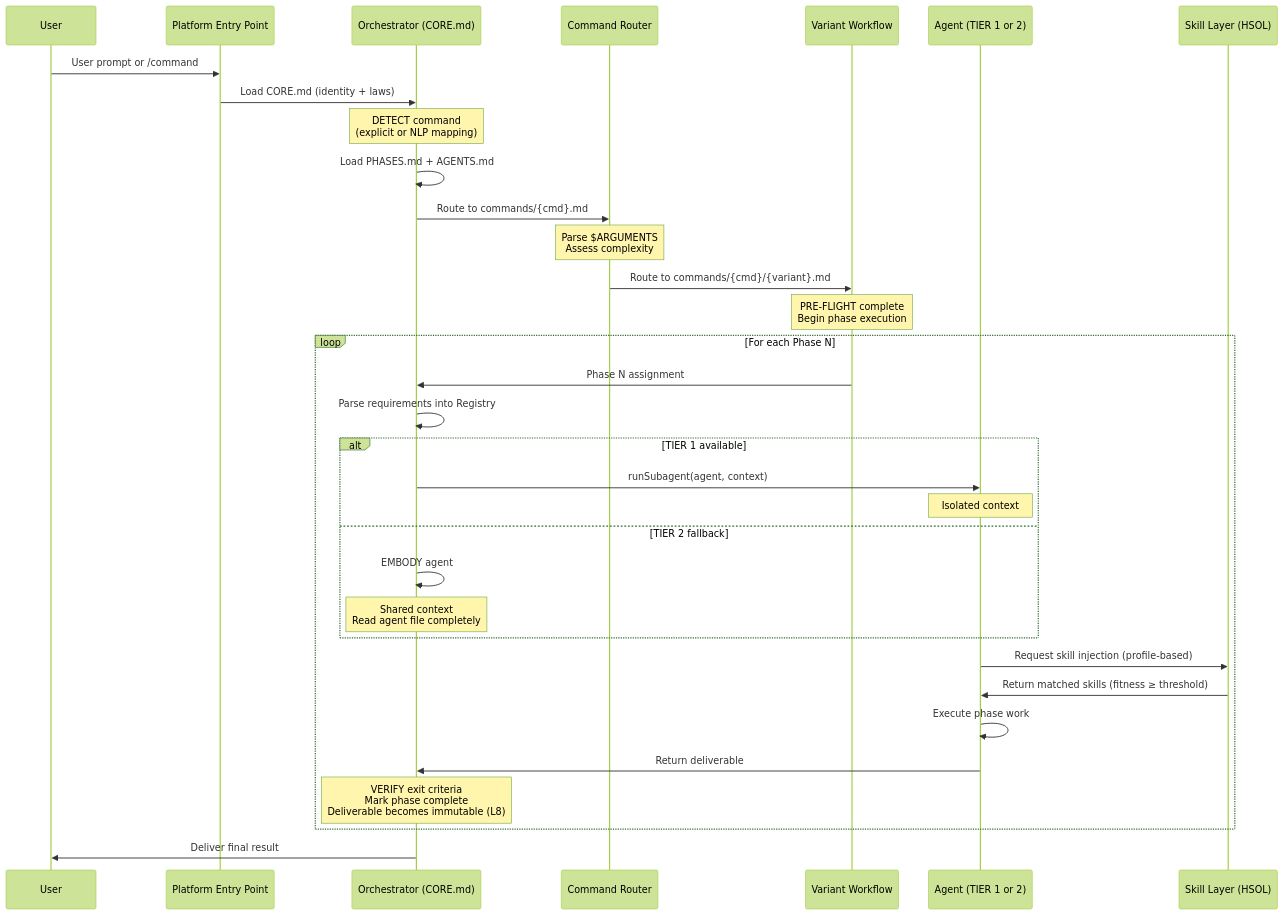
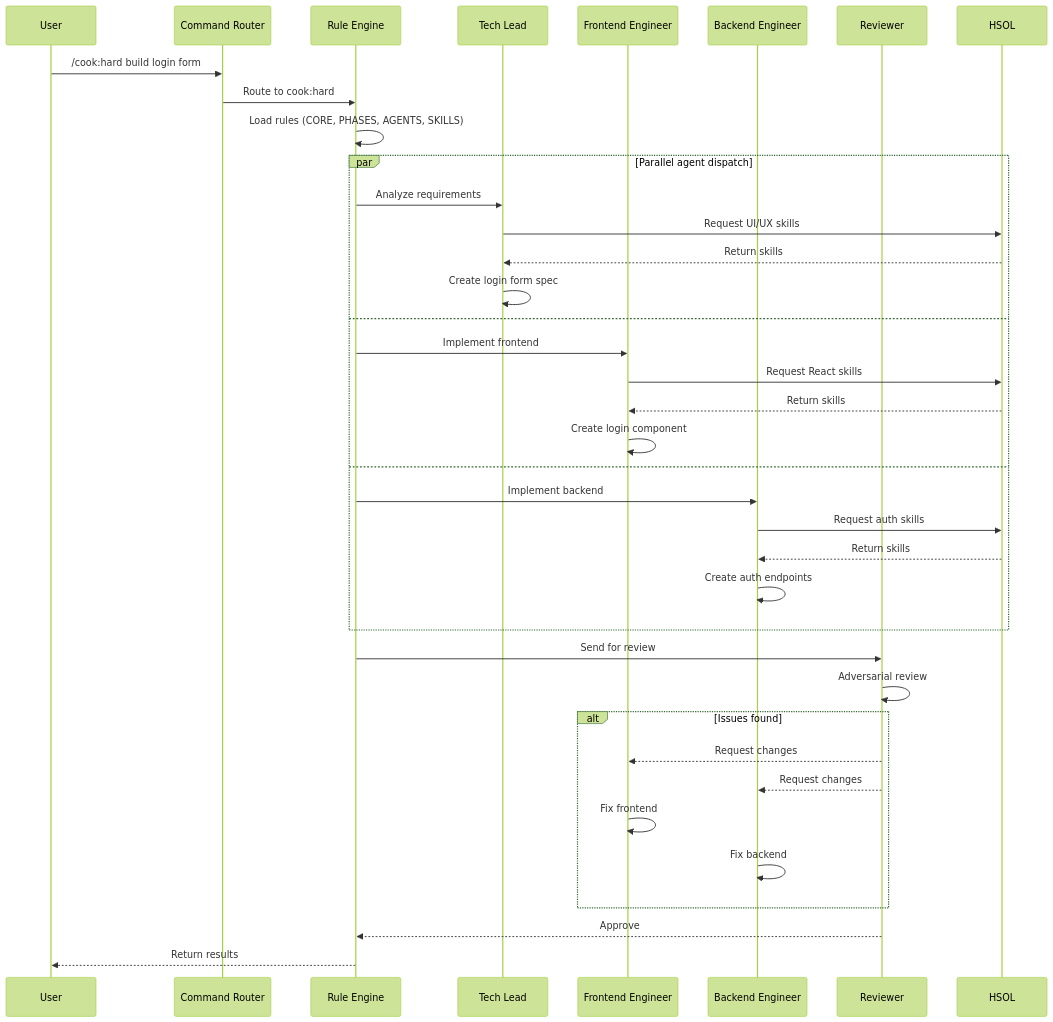
One commit to hainamchung/agent-assistant changed the eighth of 9 diagrams in documents/knowledge-architecture/03-data-flow.md. Above: the diagram before and after it, drawn with Mermaid (forest theme). The commit also changed other lines of this file and 212 other files, not shown here.

````diff
--- a/documents/knowledge-architecture/03-data-flow.md
+++ b/documents/knowledge-architecture/03-data-flow.md
@@ -25,44 +236,44 @@
 ```mermaid
 sequenceDiagram
     participant U as User
-    participant EP as Platform Entry Point
-    participant ORC as Orchestrator (CORE.md)
-    participant R as Command Router
-    participant V as Variant Workflow
-    participant A as Agent (TIER 1 or 2)
-    participant S as Skill Layer (HSOL)
+    participant C as Command Router
+    participant R as Rule Engine
+    participant TL as Tech Lead
+    participant FE as Frontend Engineer
+    participant BE as Backend Engineer
+    participant RV as Reviewer
+    participant S as HSOL
 
-    U->>EP: User prompt or /command
-    EP->>ORC: Load CORE.md (identity + laws)
+    U->>C: /cook:hard build login form
+    C->>R: Route to cook:hard
+    R->>R: Load rules (CORE, PHASES, AGENTS, SKILLS)
     
-    Note over ORC: DETECT command<br/>(explicit or NLP mapping)
-    ORC->>ORC: Load PHASES.md + AGENTS.md
-    ORC->>R: Route to commands/{cmd}.md
+    par Parallel agent dispatch
+        R->>TL: Analyze requirements
+        TL->>S: Request UI/UX skills
+        S-->>TL: Return skills
+        TL->>TL: Create login form spec
+    and
+        R->>FE: Implement frontend
+        FE->>S: Request React skills
+        S-->>FE: Return skills
+        FE->>FE: Create login component
+    and
+        R->>BE: Implement backend
+        BE->>S: Request auth skills
+        S-->>BE: Return skills
+        BE->>BE: Create auth endpoints
+    end
     
-    Note over R: Parse $ARGUMENTS<br/>Assess complexity
-    R->>V: Route to commands/{cmd}/{variant}.md
+    R->>RV: Send for review
+    RV->>RV: Adversarial review
+    alt Issues found
+        RV-->>FE: Request changes
+        RV-->>BE: Request changes
+        FE->>FE: Fix frontend
+        BE->>BE: Fix backend
+    end
     
-    Note over V: PRE-FLIGHT complete<br/>Begin phase execution
-
-    loop For each Phase N
-        V->>ORC: Phase N assignment
-        ORC->>ORC: Parse requirements into Registry
-        
-        alt TIER 1 available
-            ORC->>A: runSubagent(agent, context)
-            Note over A: Isolated context
-        else TIER 2 fallback
-            ORC->>ORC: EMBODY agent
-            Note over ORC: Shared context<br/>Read agent file completely
-        end
-        
-        A->>S: Request skill injection (profile-based)
-        S->>A: Return matched skills (fitness ≥ threshold)
-        A->>A: Execute phase work
-        A->>ORC: Return deliverable
-        
-        Note over ORC: VERIFY exit criteria<br/>Mark phase complete<br/>Deliverable becomes immutable (L8)
-    end
-
-    ORC->>U: Deliver final result
+    RV-->>R: Approve
+    R-->>U: Return results
 ```
````
